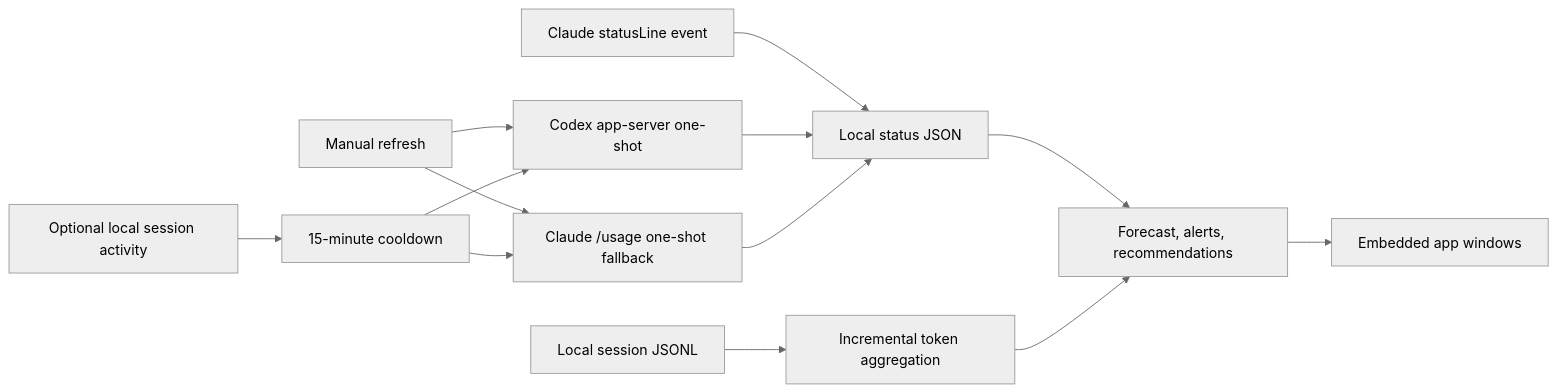
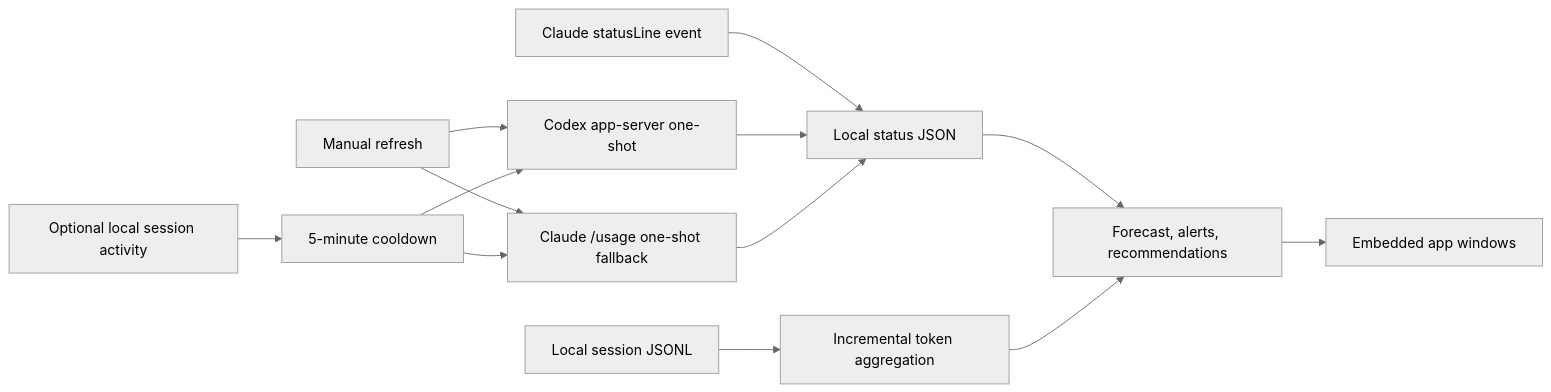
One commit to Kyuhan1230/ai-usage-monitor changed the diagram in README.md. Above: the diagram before and after it, drawn with Mermaid (neutral theme). The commit also changed other lines of this file and 5 other files, not shown here.

````diff
--- a/README.md
+++ b/README.md
@@ -139,15 +139,15 @@
 ```mermaid
 flowchart LR
     A["Manual refresh"] --> B["Codex app-server one-shot"]
     A --> C["Claude /usage one-shot fallback"]
-    J["Optional local session activity"] --> K["15-minute cooldown"]
+    J["Optional local session activity"] --> K["5-minute cooldown"]
     K --> B
     K --> C
     D["Claude statusLine event"] --> E["Local status JSON"]
     B --> E
     C --> E
     F["Local session JSONL"] --> G["Incremental token aggregation"]
     E --> H["Forecast, alerts, recommendations"]
     G --> H
     H --> I["Embedded app windows"]
 ```
````
